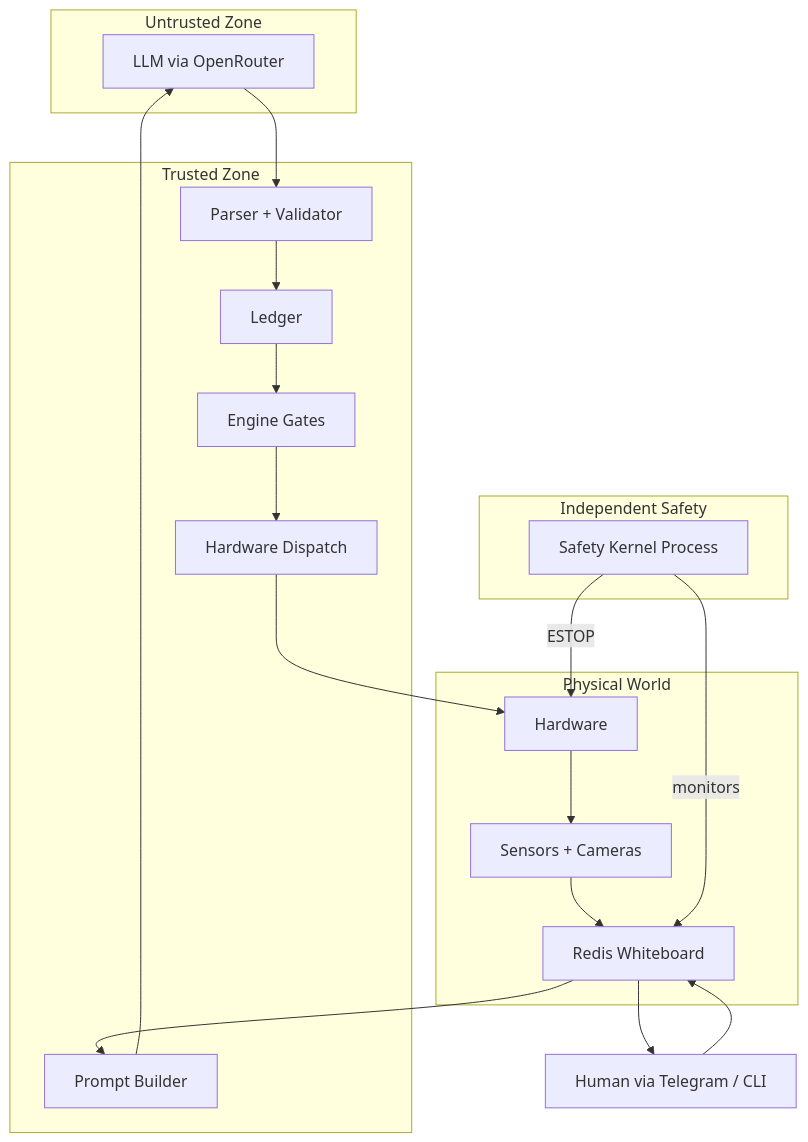
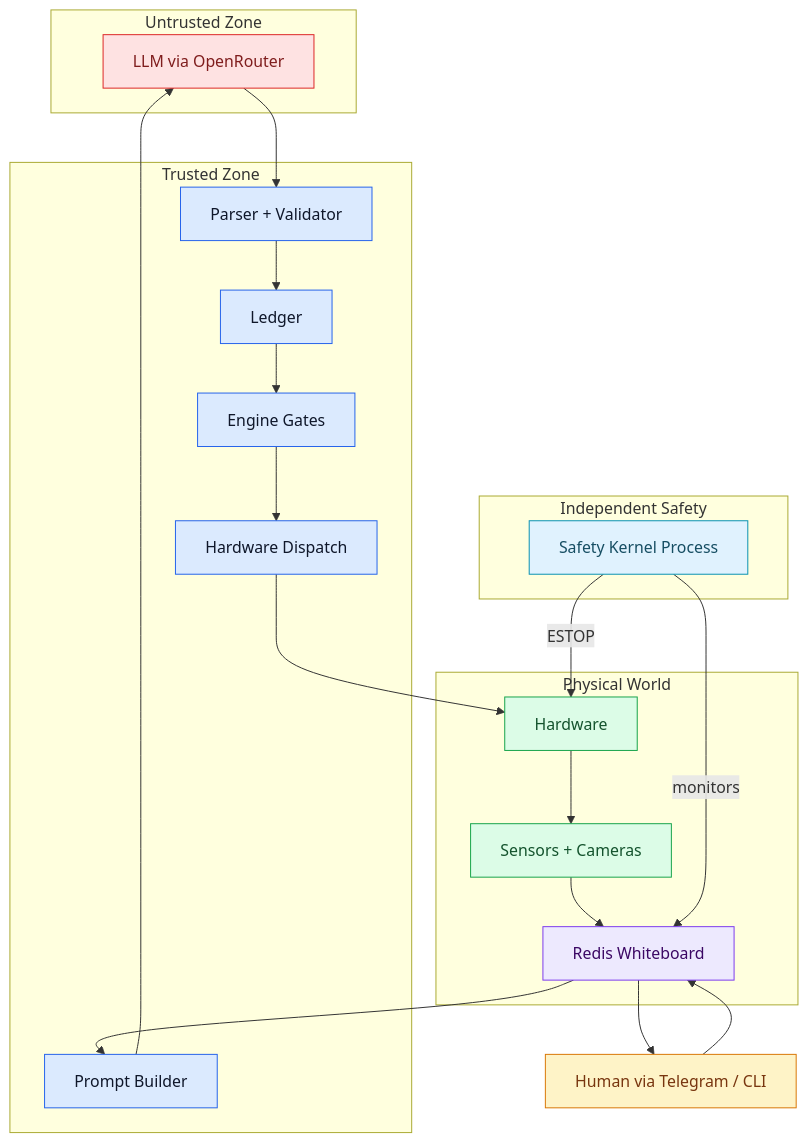
One commit to anieyrudh/Wallee changed the diagram in README.md. Above: the diagram before and after it, drawn with Mermaid. The commit also changed other lines of this file and 23 other files, not shown here.

````diff
--- a/README.md
+++ b/README.md
@@ -36,25 +42,52 @@
 ```mermaid
+%%{init: {'theme':'base','themeVariables': {
+  'primaryColor':'#dbeafe',
+  'primaryTextColor':'#0f172a',
+  'primaryBorderColor':'#2563eb',
+  'secondaryColor':'#dcfce7',
+  'secondaryTextColor':'#14532d',
+  'secondaryBorderColor':'#16a34a',
+  'tertiaryColor':'#fef3c7',
+  'tertiaryTextColor':'#78350f',
+  'tertiaryBorderColor':'#d97706',
+  'lineColor':'#475569',
+  'fontSize':'14px'
+}}%%
 graph TD
     subgraph "Untrusted Zone"
         LLM["LLM via OpenRouter"]
     end
     subgraph "Trusted Zone"
         PROMPT["Prompt Builder"] --> LLM
         LLM --> PARSER["Parser + Validator"]
         PARSER --> LEDGER["Ledger"]
         LEDGER --> ENGINE["Engine Gates"]
         ENGINE --> DISPATCH["Hardware Dispatch"]
     end
     subgraph "Physical World"
         DISPATCH --> HARDWARE["Hardware"]
         HARDWARE --> SENSORS["Sensors + Cameras"]
         SENSORS --> WB["Redis Whiteboard"]
         WB --> PROMPT
     end
     subgraph "Independent Safety"
         SAFETY["Safety Kernel Process"] -->|"ESTOP"| HARDWARE
         SAFETY -->|"monitors"| WB
     end
     HUMAN["Human via Telegram / CLI"] --> WB
     WB --> HUMAN
+
+    class LLM untrusted
+    class PROMPT,PARSER,LEDGER,ENGINE,DISPATCH trusted
+    class WB state
+    class HARDWARE,SENSORS hardware
+    class SAFETY safety
+    class HUMAN human
+
+    classDef untrusted fill:#fee2e2,stroke:#dc2626,color:#7f1d1d
+    classDef trusted fill:#dbeafe,stroke:#2563eb,color:#0f172a
+    classDef state fill:#ede9fe,stroke:#7c3aed,color:#3b0764
+    classDef hardware fill:#dcfce7,stroke:#16a34a,color:#14532d
+    classDef safety fill:#e0f2fe,stroke:#0891b2,color:#164e63
+    classDef human fill:#fef3c7,stroke:#d97706,color:#78350f
 ```
````
